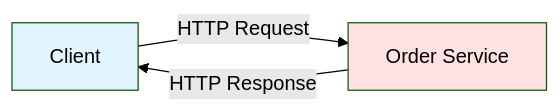
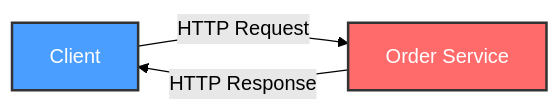
The fourth of 17 diagrams in Level_3/Semester_1/Distributed_Systems/Project/System_Architecture_in_Distributed_Systems/docs/ARCHITECTURE.md (elewashy/Tanta-University), drawn with Mermaid (forest theme) before and after one commit. The commit also changed other lines of this file and 4 other files, not shown here.

````diff
--- a/Level_3/Semester_1/Distributed_Systems/Project/System_Architecture_in_Distributed_Systems/docs/ARCHITECTURE.md
+++ b/Level_3/Semester_1/Distributed_Systems/Project/System_Architecture_in_Distributed_Systems/docs/ARCHITECTURE.md
@@ -160,8 +160,8 @@
 ```mermaid
 graph LR
     Client[Client] -->|HTTP Request| Server[Order Service]
     Server -->|HTTP Response| Client
     
-    style Client fill:#e1f5ff
-    style Server fill:#ffe1e1
+    style Client fill:#4a9eff,stroke:#333,stroke-width:2px,color:#fff
+    style Server fill:#ff6b6b,stroke:#333,stroke-width:2px,color:#fff
 ```
````
